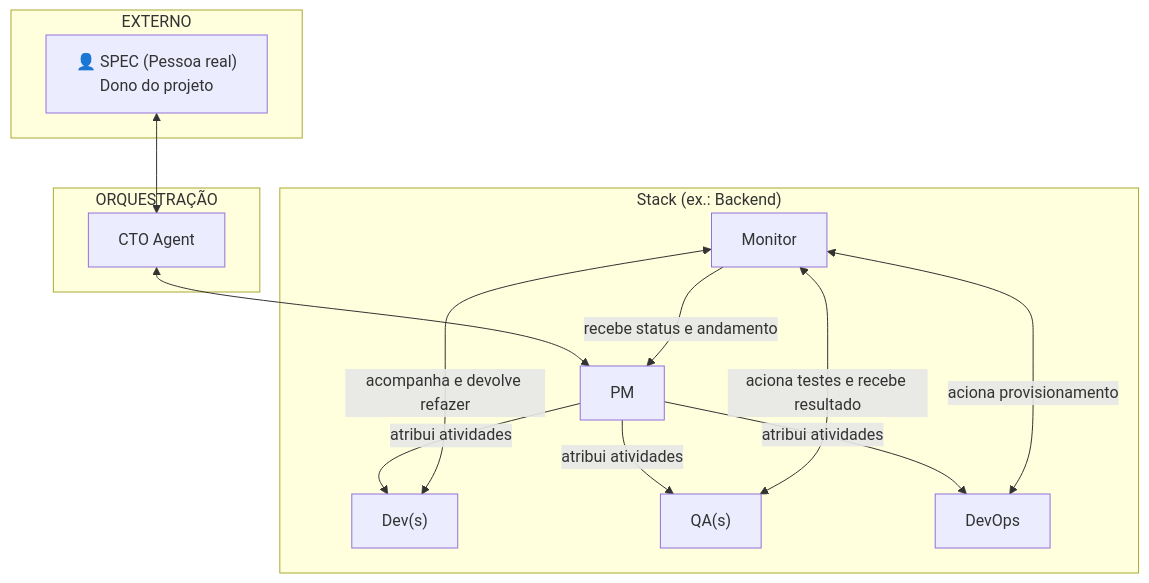
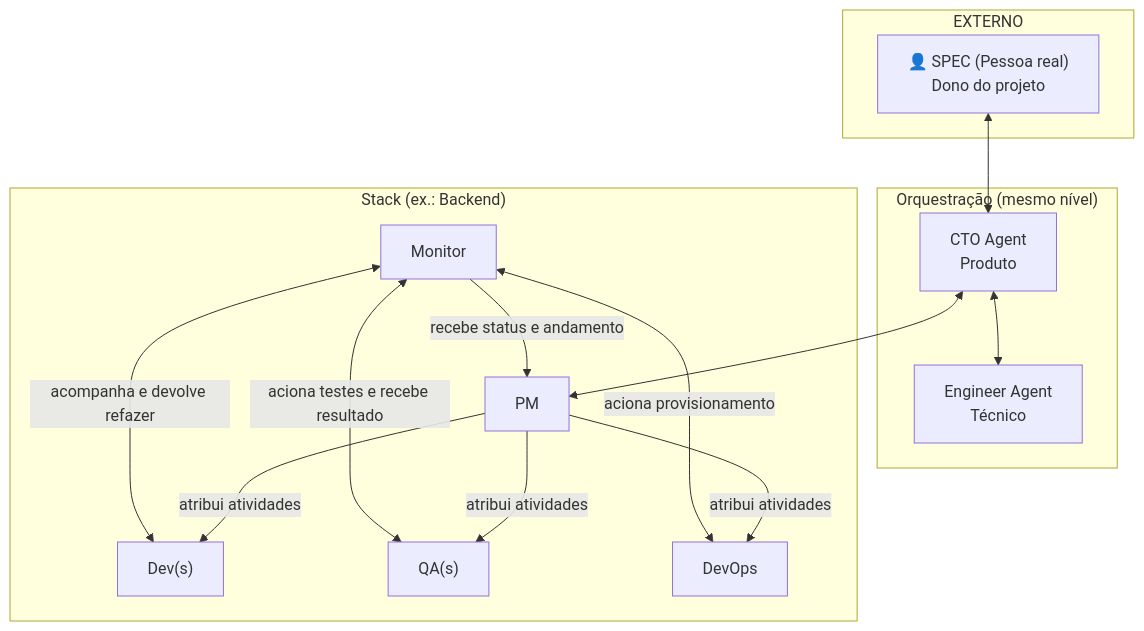
One commit to zentriztech/zentriz-genesis changed the first of 4 diagrams in project/docs/ACTORS_AND_RESPONSIBILITIES.md. Above: the diagram before and after it, drawn with Mermaid. The commit also changed other lines of this file and 51 other files, not shown here.

````diff
--- a/project/docs/ACTORS_AND_RESPONSIBILITIES.md
+++ b/project/docs/ACTORS_AND_RESPONSIBILITIES.md
@@ -25,29 +26,31 @@
 ```mermaid
 flowchart TB
     subgraph EXTERNO
         SPEC["👤 SPEC (Pessoa real)<br/>Dono do projeto"]
     end
 
-    subgraph ORQUESTRAÇÃO
-        CTO["CTO Agent"]
+    subgraph ORQUESTRAÇÃO["Orquestração (mesmo nível)"]
+        CTO["CTO Agent<br/>Produto"]
+        ENG["Engineer Agent<br/>Técnico"]
     end
 
     subgraph STACK["Stack (ex.: Backend)"]
         PM["PM"]
         DEV["Dev(s)"]
         QA["QA(s)"]
         MON["Monitor"]
         DEVOPS["DevOps"]
     end
 
     SPEC <--> CTO
+    CTO <--> ENG
     CTO <--> PM
     PM -->|atribui atividades| DEV
     PM -->|atribui atividades| QA
     PM -->|atribui atividades| DEVOPS
     MON -->|recebe status e andamento| PM
 
     MON <-->|acompanha e devolve refazer| DEV
     MON <-->|aciona testes e recebe resultado| QA
     MON <-->|aciona provisionamento| DEVOPS
 ```
````
